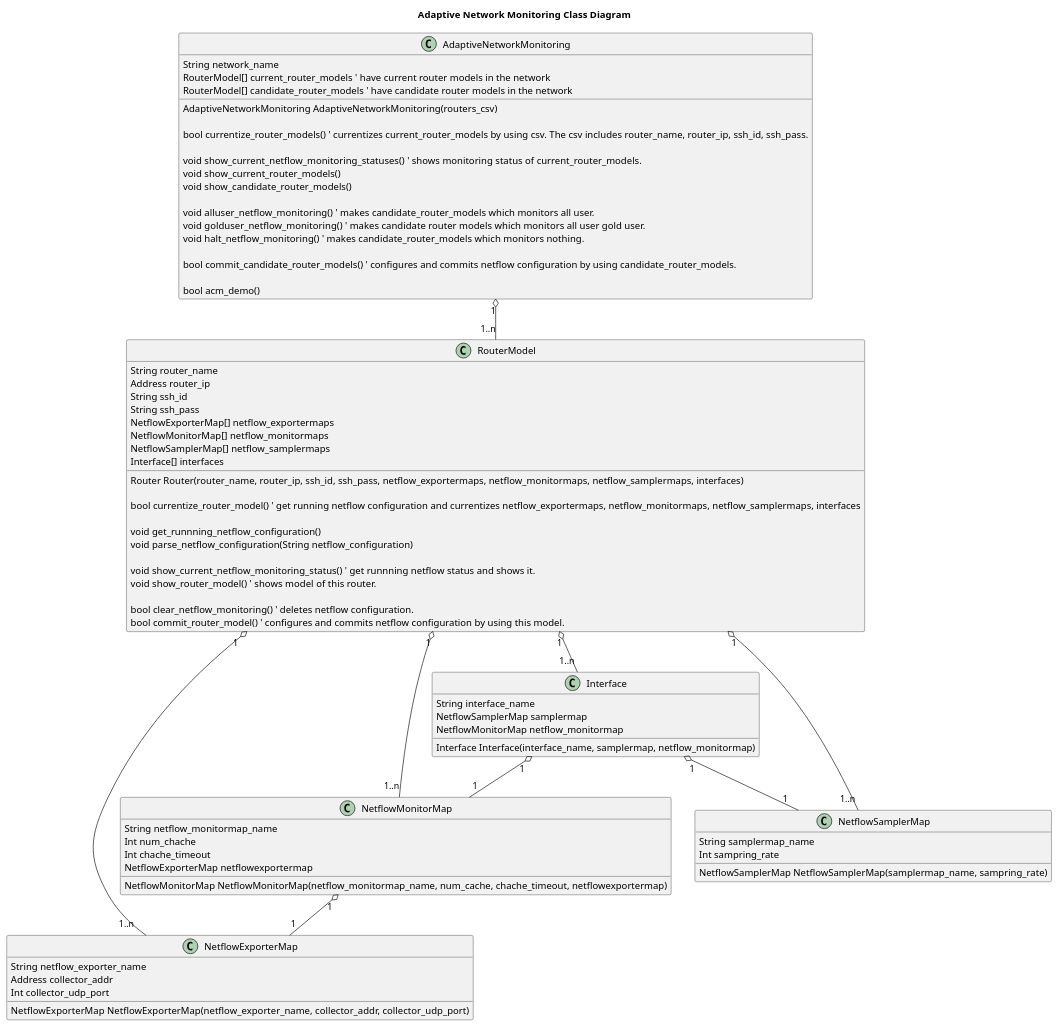
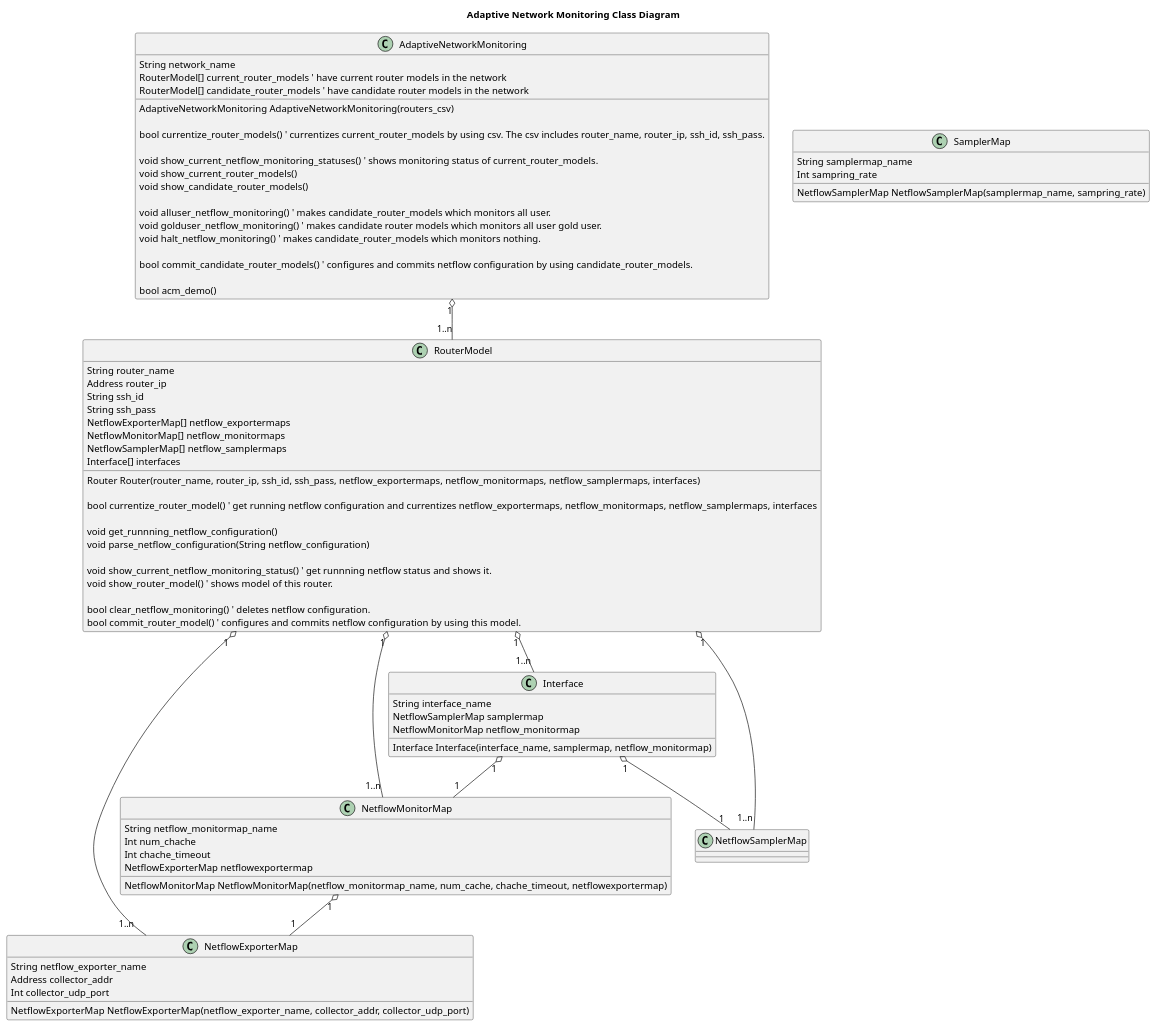
One commit to yuheihayashi/adaptivenetworkmonitoring changed the diagram in uml/class_diagram.plantuml. Above: the diagram before and after it, drawn with PlantUML. The commit also changed 1 other file, not shown here.

```diff
--- a/uml/class_diagram.plantuml
+++ b/uml/class_diagram.plantuml
@@ -1,92 +1,92 @@
 @startuml
 
 title Adaptive Network Monitoring Class Diagram
 
 AdaptiveNetworkMonitoring "1" o-- "1..n" RouterModel
 RouterModel "1" o-- "1..n" NetflowMonitorMap
 RouterModel "1" o-- "1..n" NetflowExporterMap
 RouterModel "1" o-- "1..n" NetflowSamplerMap
 RouterModel "1" o-- "1..n" "Interface"
 NetflowMonitorMap "1" o-- "1" NetflowExporterMap
 "Interface" "1" o-- "1" NetflowSamplerMap
 "Interface" "1" o-- "1" NetflowMonitorMap
 
 class AdaptiveNetworkMonitoring {
   String network_name
   RouterModel[] current_router_models ' have current router models in the network
   RouterModel[] candidate_router_models ' have candidate router models in the network
 
   AdaptiveNetworkMonitoring AdaptiveNetworkMonitoring(routers_csv)
 
   bool currentize_router_models() ' currentizes current_router_models by using csv. The csv includes router_name, router_ip, ssh_id, ssh_pass.
 
   void show_current_netflow_monitoring_statuses() ' shows monitoring status of current_router_models.
   void show_current_router_models()
   void show_candidate_router_models()
 
   void alluser_netflow_monitoring() ' makes candidate_router_models which monitors all user.
   void golduser_netflow_monitoring() ' makes candidate router models which monitors all user gold user.
   void halt_netflow_monitoring() ' makes candidate_router_models which monitors nothing.
 
   bool commit_candidate_router_models() ' configures and commits netflow configuration by using candidate_router_models.
 
   bool acm_demo()
 }
 
 class RouterModel {
   String router_name
   Address router_ip
   String ssh_id
   String ssh_pass
   NetflowExporterMap[] netflow_exportermaps
   NetflowMonitorMap[] netflow_monitormaps
   NetflowSamplerMap[] netflow_samplermaps
   Interface[] interfaces
 
   Router Router(router_name, router_ip, ssh_id, ssh_pass, netflow_exportermaps, netflow_monitormaps, netflow_samplermaps, interfaces)
 
   bool currentize_router_model() ' get running netflow configuration and currentizes netflow_exportermaps, netflow_monitormaps, netflow_samplermaps, interfaces
 
   void get_runnning_netflow_configuration()
   void parse_netflow_configuration(String netflow_configuration)
 
   void show_current_netflow_monitoring_status() ' get runnning netflow status and shows it.
   void show_router_model() ' shows model of this router.
 
   bool clear_netflow_monitoring() ' deletes netflow configuration.
   bool commit_router_model() ' configures and commits netflow configuration by using this model.
 }
 
 class NetflowExporterMap {
   String netflow_exporter_name
   Address collector_addr
   Int collector_udp_port
 
   NetflowExporterMap NetflowExporterMap(netflow_exporter_name, collector_addr, collector_udp_port)
 }
 
 class NetflowMonitorMap {
   String netflow_monitormap_name
   Int num_chache
   Int chache_timeout
   NetflowExporterMap netflowexportermap
 
   NetflowMonitorMap NetflowMonitorMap(netflow_monitormap_name, num_cache, chache_timeout, netflowexportermap)
 }
 
-class NetflowSamplerMap {
+class SamplerMap {
   String samplermap_name
   Int sampring_rate
 
   NetflowSamplerMap NetflowSamplerMap(samplermap_name, sampring_rate)
 }
 
 class "Interface" {
   String interface_name
   NetflowSamplerMap samplermap
   NetflowMonitorMap netflow_monitormap
 
   Interface Interface(interface_name, samplermap, netflow_monitormap)
 }
 
 @enduml
```
